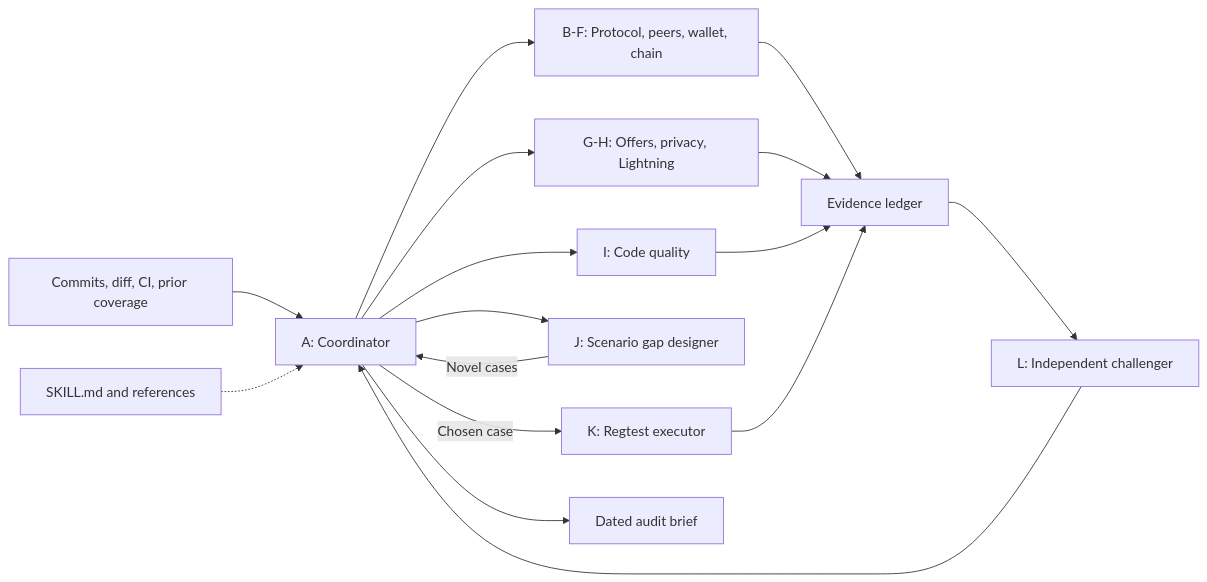
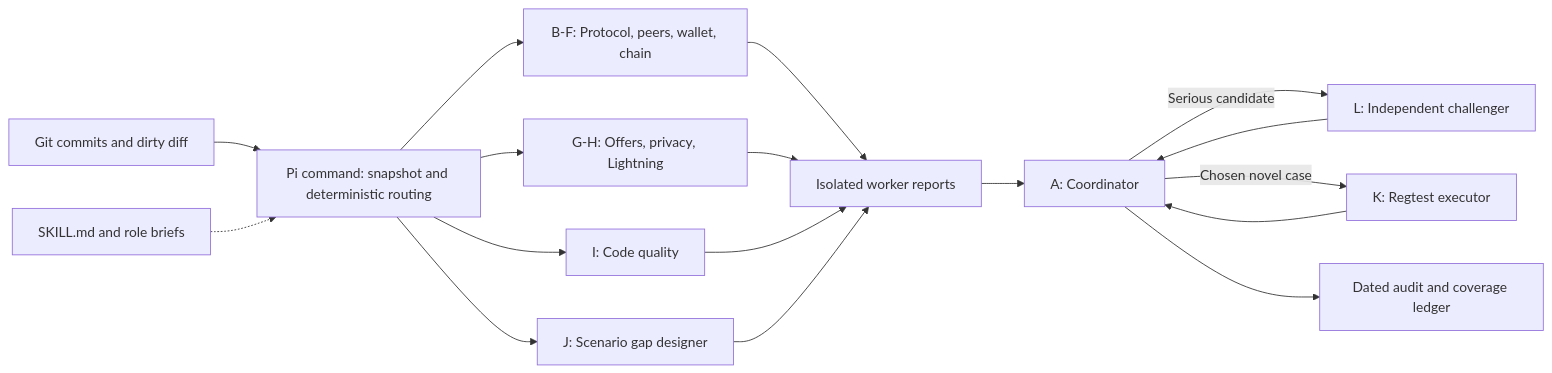
The first of 3 diagrams in README.md (0xEgao/openswap-audit-skills), drawn with Mermaid before and after one commit. The commit also changed other lines of this file and 5 other files, not shown here.

````diff
--- a/README.md
+++ b/README.md
@@ -44,18 +46,19 @@
 ```mermaid
 flowchart LR
-    Inputs["Commits, diff, CI, prior coverage"] --> A["A: Coordinator"]
-    Skill["SKILL.md and references"] -.-> A
-    A --> Safety["B-F: Protocol, peers, wallet, chain"]
-    A --> Feature["G-H: Offers, privacy, Lightning"]
-    A --> Quality["I: Code quality"]
-    A --> Design["J: Scenario gap designer"]
-    Safety --> Ledger["Evidence ledger"]
-    Feature --> Ledger
-    Quality --> Ledger
-    Design -->|Novel cases| A
-    A -->|Chosen case| Execute["K: Regtest executor"]
-    Execute --> Ledger
-    Ledger --> Challenge["L: Independent challenger"]
+    Inputs["Git commits and dirty diff"] --> Router["Pi command: snapshot and deterministic routing"]
+    Skill["SKILL.md and role briefs"] -.-> Router
+    Router --> Safety["B-F: Protocol, peers, wallet, chain"]
+    Router --> Feature["G-H: Offers, privacy, Lightning"]
+    Router --> Quality["I: Code quality"]
+    Router --> Design["J: Scenario gap designer"]
+    Safety --> Reports["Isolated worker reports"]
+    Feature --> Reports
+    Quality --> Reports
+    Design --> Reports
+    Reports --> A["A: Coordinator"]
+    A -->|Serious candidate| Challenge["L: Independent challenger"]
+    A -->|Chosen novel case| Execute["K: Regtest executor"]
     Challenge --> A
-    A --> Report["Dated audit brief"]
+    Execute --> A
+    A --> Report["Dated audit and coverage ledger"]
 ```
````
